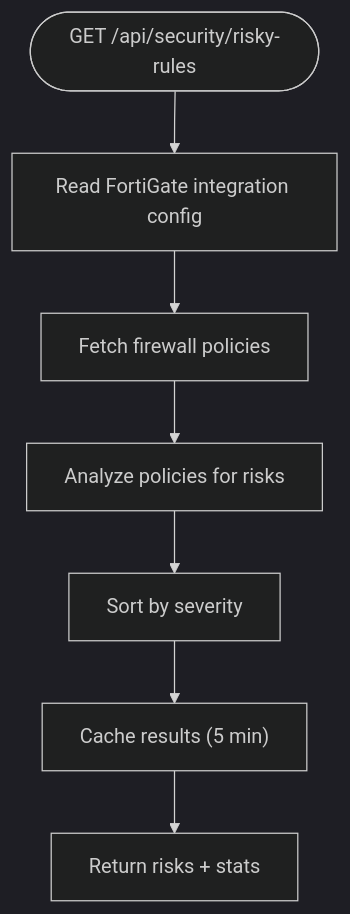
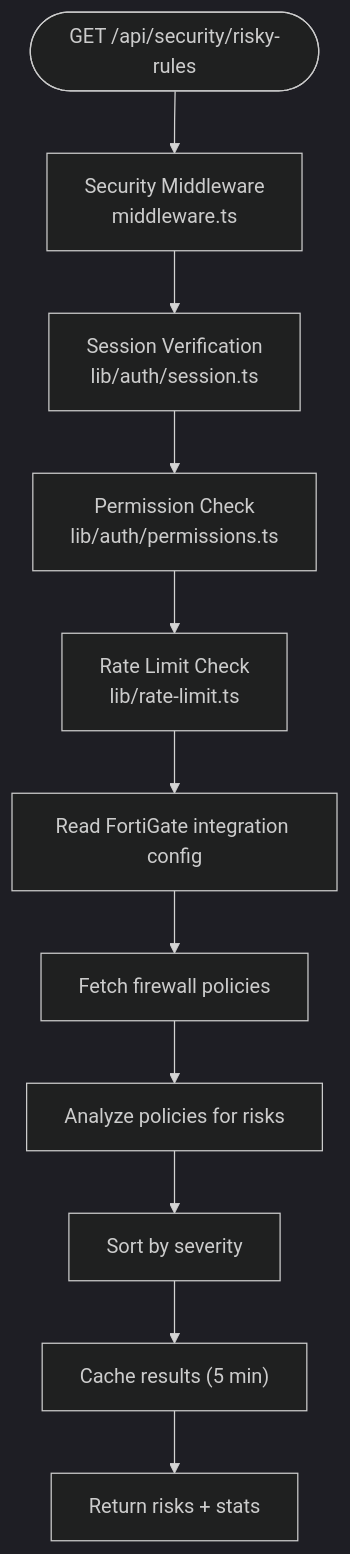
One commit to celebigilfatih/infrascope changed the sixth of 10 diagrams in .qoder/repowiki/en/content/Security Management/Security Management.md. Above: the diagram before and after it, drawn with Mermaid (dark theme). The commit also changed other lines of this file and 12 other files, not shown here.

First line of the commit message:
feat(api): add authentication, license management, and enhanced security middleware

````diff
--- a/.qoder/repowiki/en/content/Security Management/Security Management.md
+++ b/.qoder/repowiki/en/content/Security Management/Security Management.md
@@ -164,9 +311,13 @@
 ```mermaid
 flowchart TD
-Start(["GET /api/security/risky-rules"]) --> ReadCfg["Read FortiGate integration config"]
+Start(["GET /api/security/risky-rules"]) --> Middleware["Security Middleware<br/>middleware.ts"]
+Middleware --> Auth["Session Verification<br/>lib/auth/session.ts"]
+Auth --> RBAC["Permission Check<br/>lib/auth/permissions.ts"]
+RBAC --> RateLimit["Rate Limit Check<br/>lib/rate-limit.ts"]
+RateLimit --> ReadCfg["Read FortiGate integration config"]
 ReadCfg --> FetchPol["Fetch firewall policies"]
 FetchPol --> Analyze["Analyze policies for risks"]
 Analyze --> Sort["Sort by severity"]
 Sort --> Cache["Cache results (5 min)"]
 Cache --> Return["Return risks + stats"]
 ```
````
